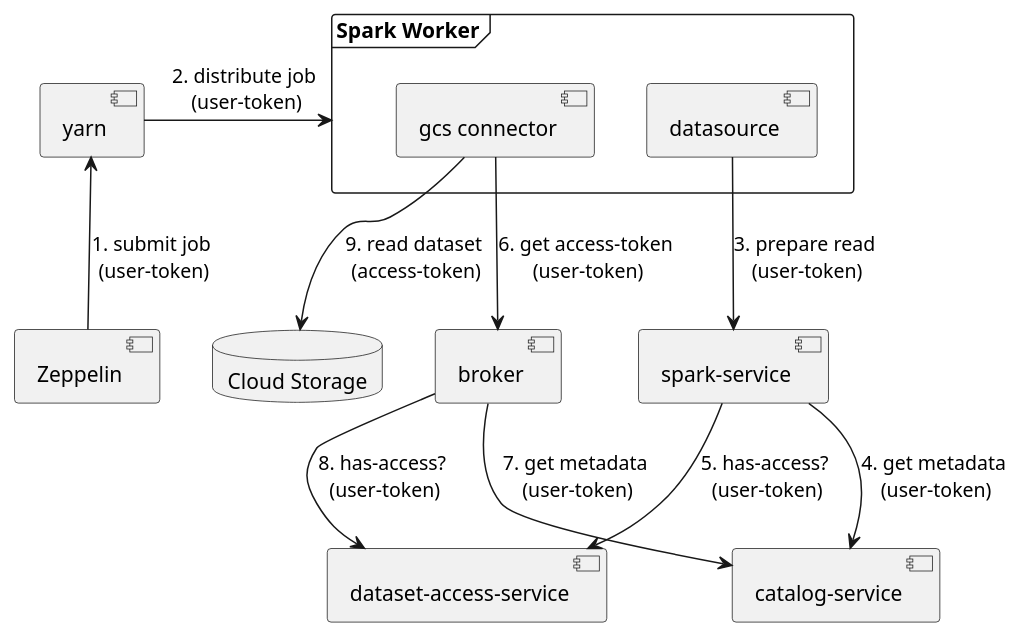
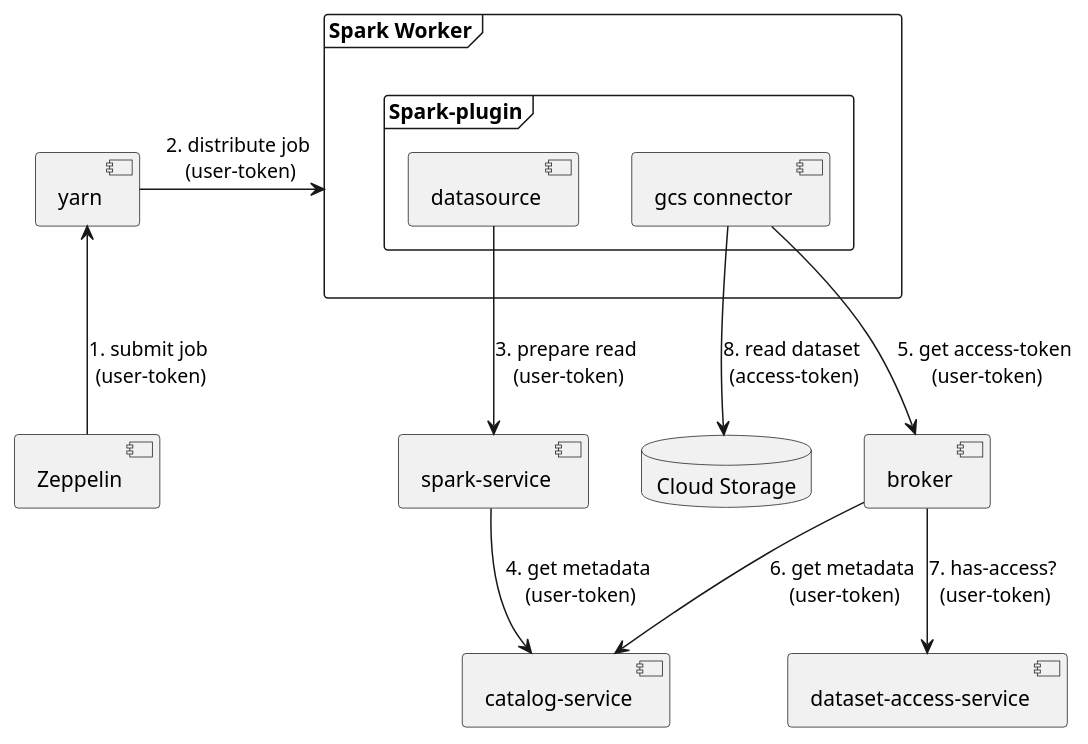
One commit to statisticsnorway/dapla-project changed the diagram in doc/security-read-data-comp.puml. Above: the diagram before and after it, drawn with PlantUML. The commit also changed 2 other files, not shown here.

Commit message:
Simplify by removing access check from spark-service

```diff
--- a/doc/security-read-data-comp.puml
+++ b/doc/security-read-data-comp.puml
@@ -1,27 +1,28 @@
 @startuml
 
 [yarn] as yarn
 [Zeppelin] as zeppelin
 [dataset-access-service] as da_s
 [catalog-service] as catalog
 [spark-service] as sp_s
 [broker] as broker
 database "Cloud Storage" as gcs {
 }
 frame "Spark Worker" as worker {
-  [datasource] as datasource
-  [gcs connector] as gcs_connector
+  frame "Spark-plugin" {
+    [datasource] as datasource
+    [gcs connector] as gcs_connector
+  }
 }
 
 zeppelin -u-> yarn : 1. submit job\n (user-token)
 yarn -> worker : 2. distribute job\n (user-token)
 datasource --> sp_s : 3. prepare read\n (user-token)
 sp_s --> catalog : 4. get metadata\n (user-token)
-sp_s --> da_s : 5. has-access?\n (user-token)
-gcs_connector --> broker : 6. get access-token\n (user-token)
-broker --> catalog : 7. get metadata\n (user-token)
-broker --> da_s : 8. has-access?\n (user-token)
-gcs_connector --> gcs : 9. read dataset\n (access-token)
+gcs_connector --> broker : 5. get access-token\n (user-token)
+broker --> catalog : 6. get metadata\n (user-token)
+broker --> da_s : 7. has-access?\n (user-token)
+gcs_connector --> gcs : 8. read dataset\n (access-token)
 
 
 @enduml
```
